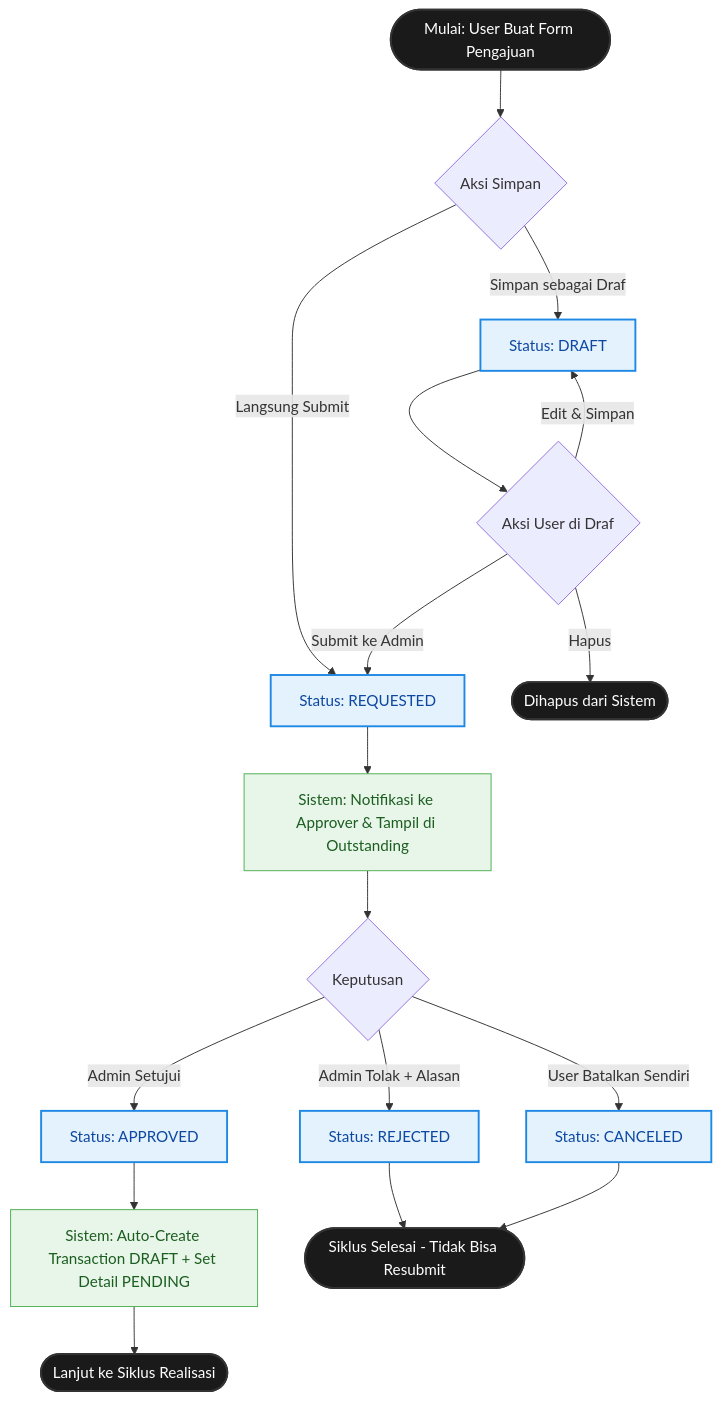
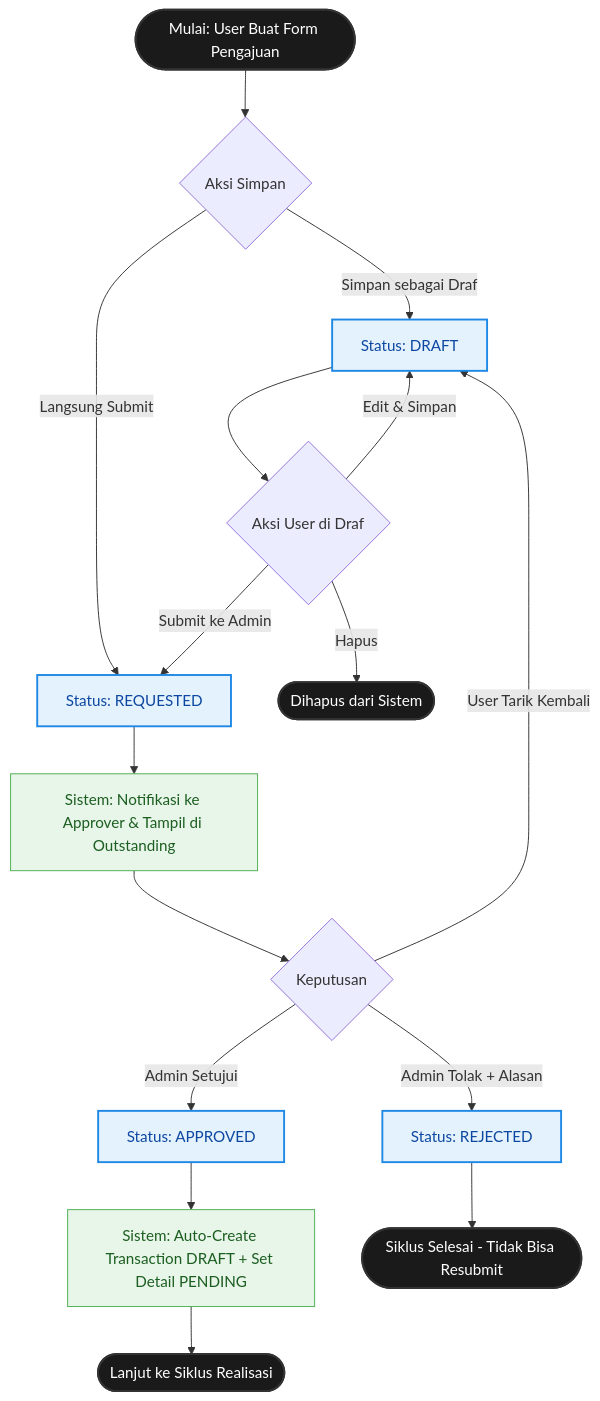
The first of 2 diagrams in docs/flowchart.md (andrirosandi/sistemkeuangankeluarga), drawn with Mermaid before and after one commit. The commit also changed other lines of this file and 6 other files, not shown here.

First line of the commit message:
refactor: change request cancel from 'canceled' to 'draft' status

````diff
--- a/docs/flowchart.md
+++ b/docs/flowchart.md
@@ -15,36 +15,35 @@
 ```mermaid
 graph TD
     %% Styling
     classDef startEnd fill:#1A1A1A,color:#fff,stroke:#333,stroke-width:2px;
     classDef status fill:#E3F2FD,color:#0D47A1,stroke:#1E88E5,stroke-width:2px;
     classDef action fill:#FFF3E0,color:#E65100,stroke:#FF9800,stroke-width:1px;
     classDef system fill:#E8F5E9,color:#1B5E20,stroke:#4CAF50,stroke-width:1px;
 
     %% Entry
     Start([Mulai: User Buat Form Pengajuan]):::startEnd --> B{Aksi Simpan}
 
     B -- "Simpan sebagai Draf" --> S_DRAFT[Status: DRAFT]:::status
     B -- "Langsung Submit" --> S_REQ[Status: REQUESTED]:::status
 
     %% Alur DRAFT
     S_DRAFT --> C{Aksi User di Draf}
     C -- "Edit & Simpan" --> S_DRAFT
     C -- "Hapus" --> Z_DEL([Dihapus dari Sistem]):::startEnd
     C -- "Submit ke Admin" --> S_REQ
 
     %% Alur REQUESTED
     S_REQ --> NOTIF[Sistem: Notifikasi ke Approver & Tampil di Outstanding]:::system
     NOTIF --> EVAL{Keputusan}
 
-    EVAL -- "User Batalkan Sendiri" --> S_CXL[Status: CANCELED]:::status
+    EVAL -- "User Tarik Kembali" --> S_DRAFT
     EVAL -- "Admin Tolak + Alasan" --> S_REJ[Status: REJECTED]:::status
     EVAL -- "Admin Setujui" --> S_APP[Status: APPROVED]:::status
 
     %% Approved triggers
     S_APP --> AUTO[Sistem: Auto-Create Transaction DRAFT + Set Detail PENDING]:::system
     AUTO --> NEXT([Lanjut ke Siklus Realisasi]):::startEnd
 
     %% Terminal states
     S_REJ --> FIN([Siklus Selesai - Tidak Bisa Resubmit]):::startEnd
-    S_CXL --> FIN
 ```
````
